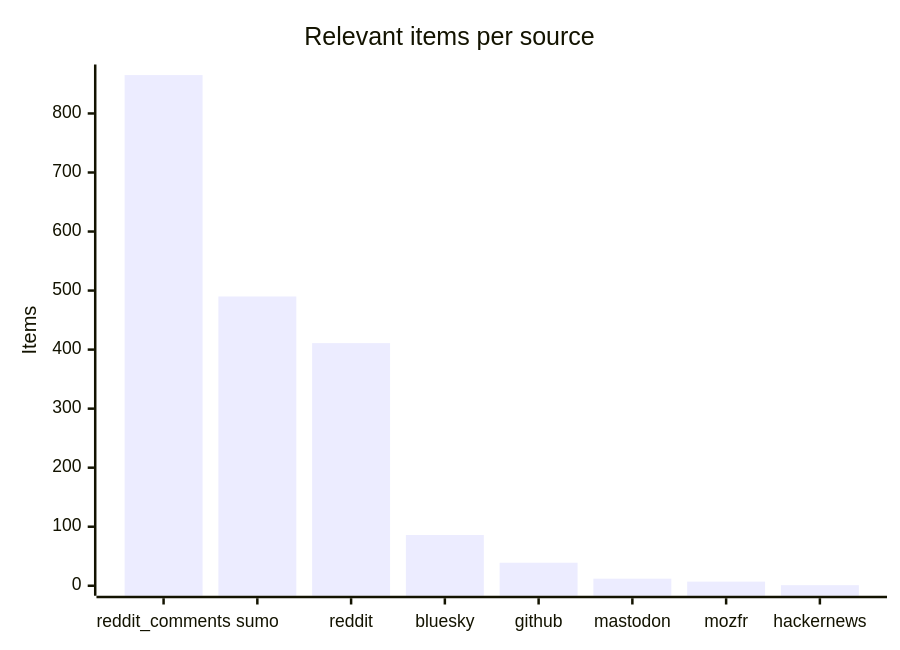
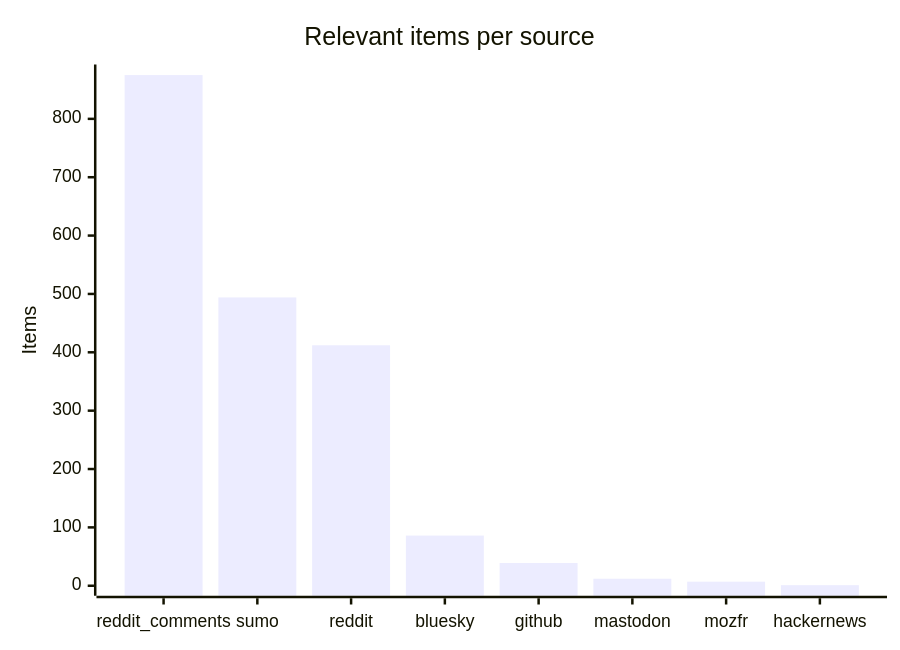
One commit to martinbalfanz/social-scanner-reports changed the third of 4 diagrams in README.md. Above: the diagram before and after it, drawn with Mermaid. The commit also changed other lines of this file and 4 other files, not shown here.

````diff
--- a/README.md
+++ b/README.md
@@ -48,7 +48,7 @@
 ```mermaid
 xychart-beta
     title "Relevant items per source"
     x-axis ["reddit_comments", "sumo", "reddit", "bluesky", "github", "mastodon", "mozfr", "hackernews"]
-    y-axis "Items" 0 --> 866
-    bar [865, 490, 411, 86, 39, 12, 7, 1]
+    y-axis "Items" 0 --> 876
+    bar [875, 494, 412, 86, 39, 12, 7, 1]
 ```
````
